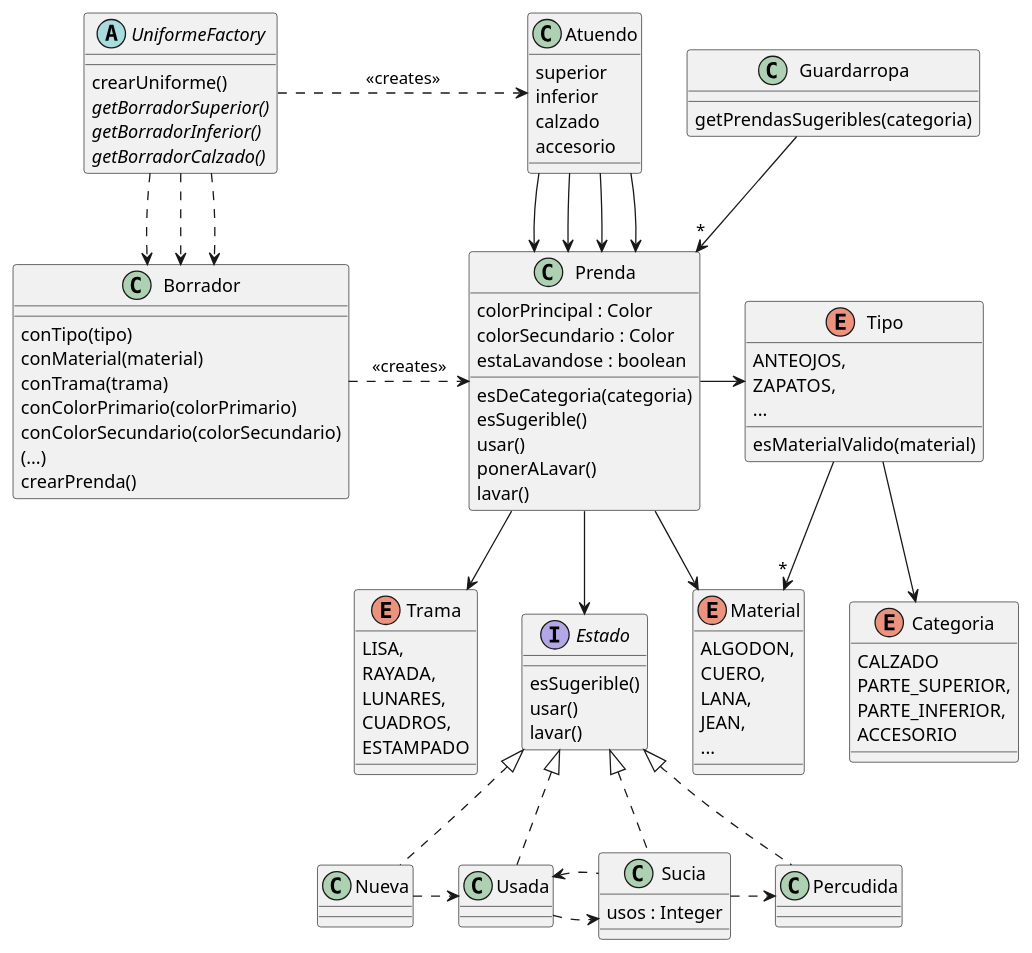
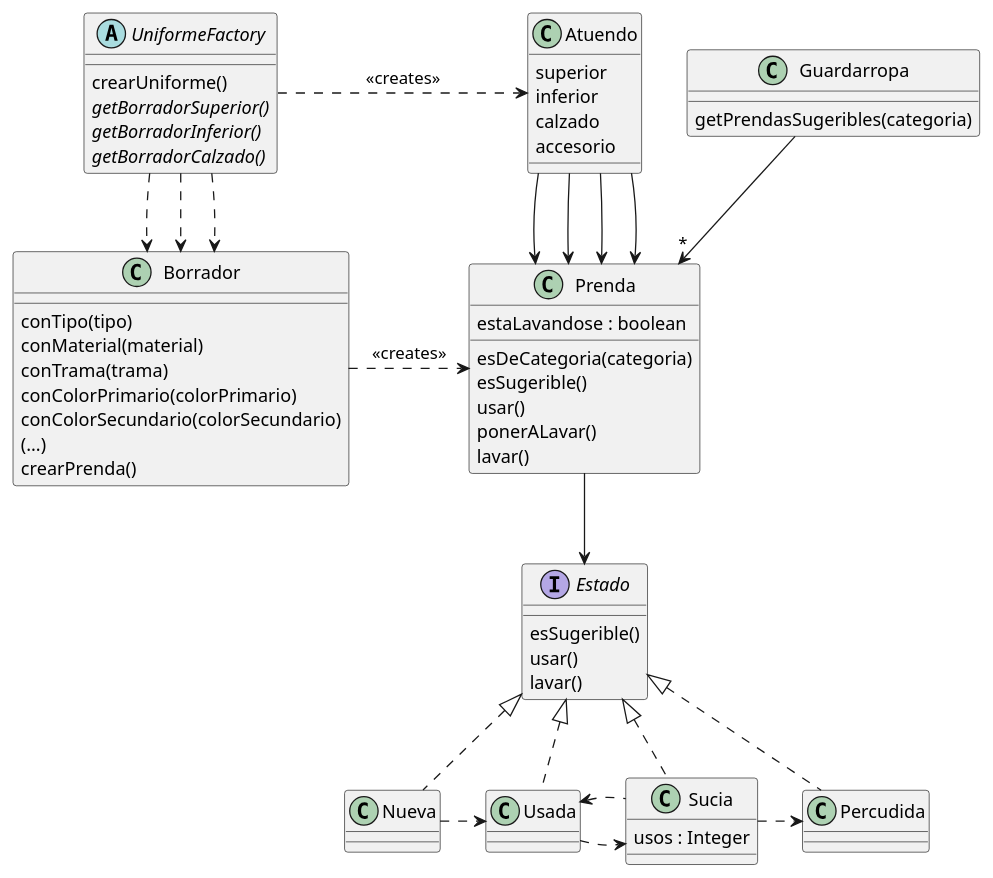
One commit to RaniAgus/dds-2022 changed the diagram in docs/diagramas/iteracion-3.puml. Above: the diagram before and after it, drawn with PlantUML. The commit also changed 2 other files, not shown here.

Commit message:
achico los diagramas de cada iteración

```diff
--- a/docs/diagramas/iteracion-3.puml
+++ b/docs/diagramas/iteracion-3.puml
@@ -1,114 +1,76 @@
 @startuml iteracion-3
 
 class Guardarropa {
   getPrendasSugeribles(categoria)
 }
 
 Guardarropa --> "*" Prenda
 
 abstract UniformeFactory {
   crearUniforme()
   {abstract} getBorradorSuperior()
   {abstract} getBorradorInferior()
   {abstract} getBorradorCalzado()
 }
 
 UniformeFactory .right.> Atuendo : <<creates>>
 UniformeFactory ..> Borrador
 UniformeFactory ..> Borrador
 UniformeFactory ..> Borrador
 
 class Atuendo {
    superior
    inferior
    calzado
    accesorio
 }
 
 Atuendo --> Prenda
 Atuendo --> Prenda
 Atuendo --> Prenda
 Atuendo --> Prenda
 
 class Borrador {
   conTipo(tipo)
   conMaterial(material)
   conTrama(trama)
   conColorPrimario(colorPrimario)
   conColorSecundario(colorSecundario)
   (...)
   crearPrenda()
 }
 
 Borrador .right.> Prenda : <<creates>>
 
 class Prenda {
- colorPrincipal : Color
- colorSecundario : Color
  estaLavandose : boolean
  esDeCategoria(categoria)
  esSugerible()
  usar()
  ponerALavar()
  lavar()
 }
 
-Prenda -right-> Tipo
-Prenda --> Material
-Prenda --> Trama
 Prenda --> Estado
-
-enum Material {
-  ALGODON,
-  CUERO,
-  LANA,
-  JEAN,
-  ...
-}
-
-enum Trama {
-  LISA,
-  RAYADA,
-  LUNARES,
-  CUADROS,
-  ESTAMPADO
-}
-
-enum Tipo {
-  ANTEOJOS,
-  ZAPATOS,
-  ...
-  esMaterialValido(material)
-}
-
-Tipo --> "*" Material
-Tipo --> Categoria
-
-enum Categoria {
-  CALZADO
-  PARTE_SUPERIOR,
-  PARTE_INFERIOR,
-  ACCESORIO
-}
 
 interface Estado {
  esSugerible()
  usar()
  lavar()
 }
 
 Estado <|.. Nueva
 Estado <|.. Usada
 Estado <|.. Sucia
 Estado <|.. Percudida
 
 Nueva .right.> Usada
 Usada .right.> Sucia
 Sucia .left.> Usada
 Sucia .right.> Percudida
 
 class Sucia {
   usos : Integer
 }
 
 @enduml
```
